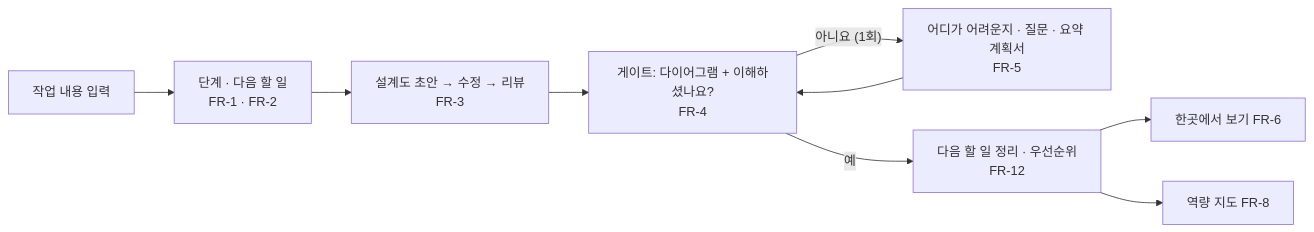
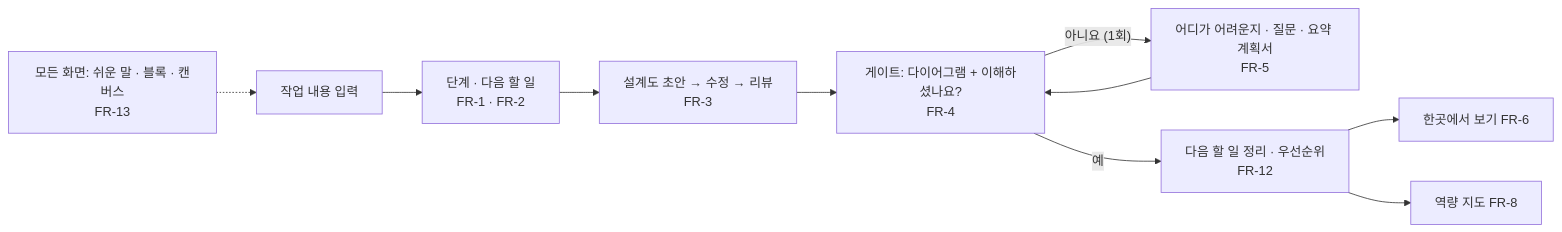
The first of 2 diagrams in docs/00-overview/team-priorities.md (2026-Codyssey-Final-Proj/Final-Proj), drawn with Mermaid before and after one commit. The commit also changed other lines of this file, not shown here.

````diff
--- a/docs/00-overview/team-priorities.md
+++ b/docs/00-overview/team-priorities.md
@@ -40,11 +50,12 @@
 ```mermaid
 flowchart LR
     A["작업 내용 입력"] --> B["단계 · 다음 할 일<br/>FR-1 · FR-2"]
     B --> C["설계도 초안 → 수정 → 리뷰<br/>FR-3"]
     C --> D["게이트: 다이어그램 + 이해하셨나요?<br/>FR-4"]
     D -->|"아니요 (1회)"| E["어디가 어려운지 · 질문 · 요약 계획서<br/>FR-5"]
     E --> D
     D -->|"예"| F["다음 할 일 정리 · 우선순위<br/>FR-12"]
     F --> G["한곳에서 보기 FR-6"]
     F --> H["역량 지도 FR-8"]
+    X["모든 화면: 쉬운 말 · 블록 · 캔버스<br/>FR-13"] -.-> A
 ```
````
